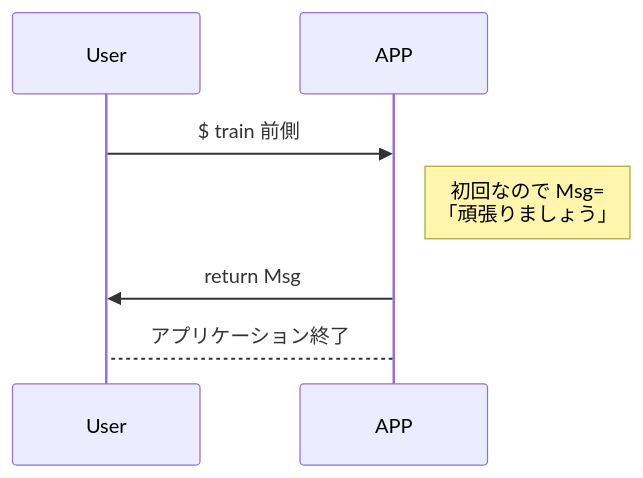
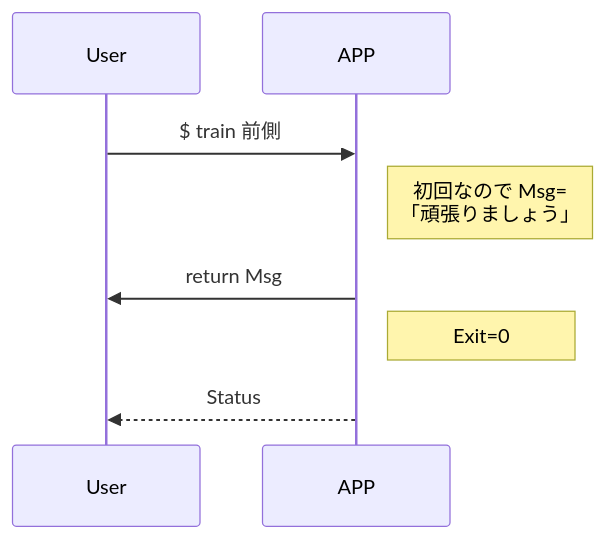
The first of 2 diagrams in flow.md (lamplusoka/train_Muscle), drawn with Mermaid before and after one commit. The commit also changed other lines of this file, not shown here.

Commit message:
flow.md updated from https://stackedit.io/

````diff
--- a/flow.md
+++ b/flow.md
@@ -4,7 +4,8 @@
 ```mermaid
 sequenceDiagram
 User->> APP: $ train 前側
 Note right of APP:初回なので Msg=<br>「頑張りましょう」
 APP->> User: return Msg
-APP-->User: アプリケーション終了
+Note right of APP: Exit=0
+APP-->>User: Status
 ```
````
